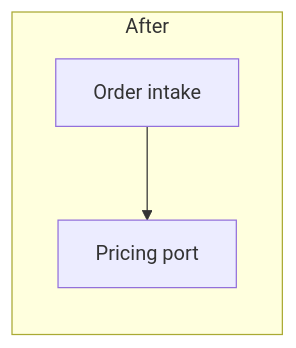
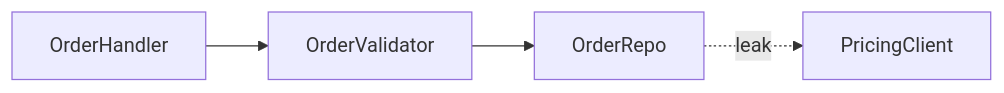
Before and after one commit to frytg/dotfiles: the first of 3 diagrams in skills/repo-architecture/MARKDOWN-REPORT.md, drawn with Mermaid. The commit also changed 33 other files, not shown here.

````diff
--- a/skills/repo-architecture/MARKDOWN-REPORT.md
+++ b/skills/repo-architecture/MARKDOWN-REPORT.md
@@ -37,7 +97,6 @@
 ```mermaid
 flowchart LR
-  subgraph after [After]
-    O[Order intake]
-    O --> P[Pricing port]
-  end
+  A[OrderHandler] --> B[OrderValidator]
+  B --> C[OrderRepo]
+  C -.leak.-> D[PricingClient]
 ```
````
